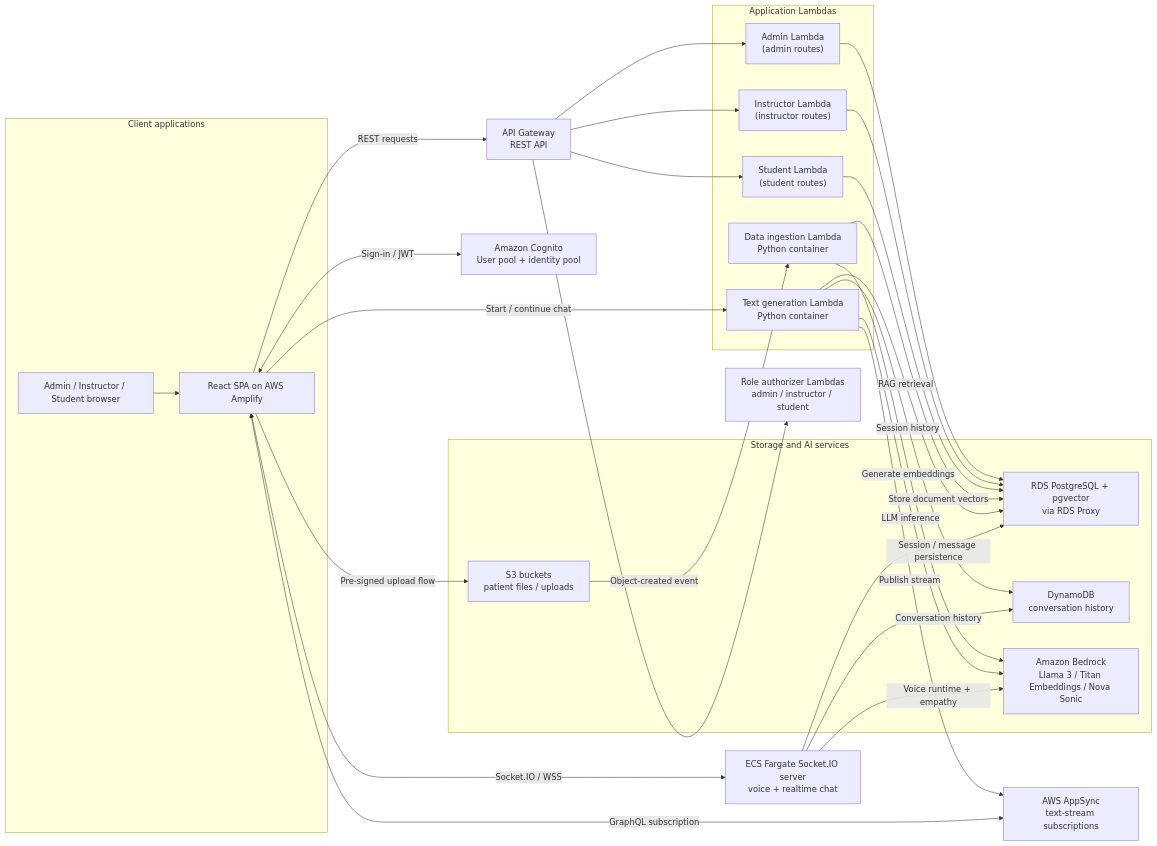
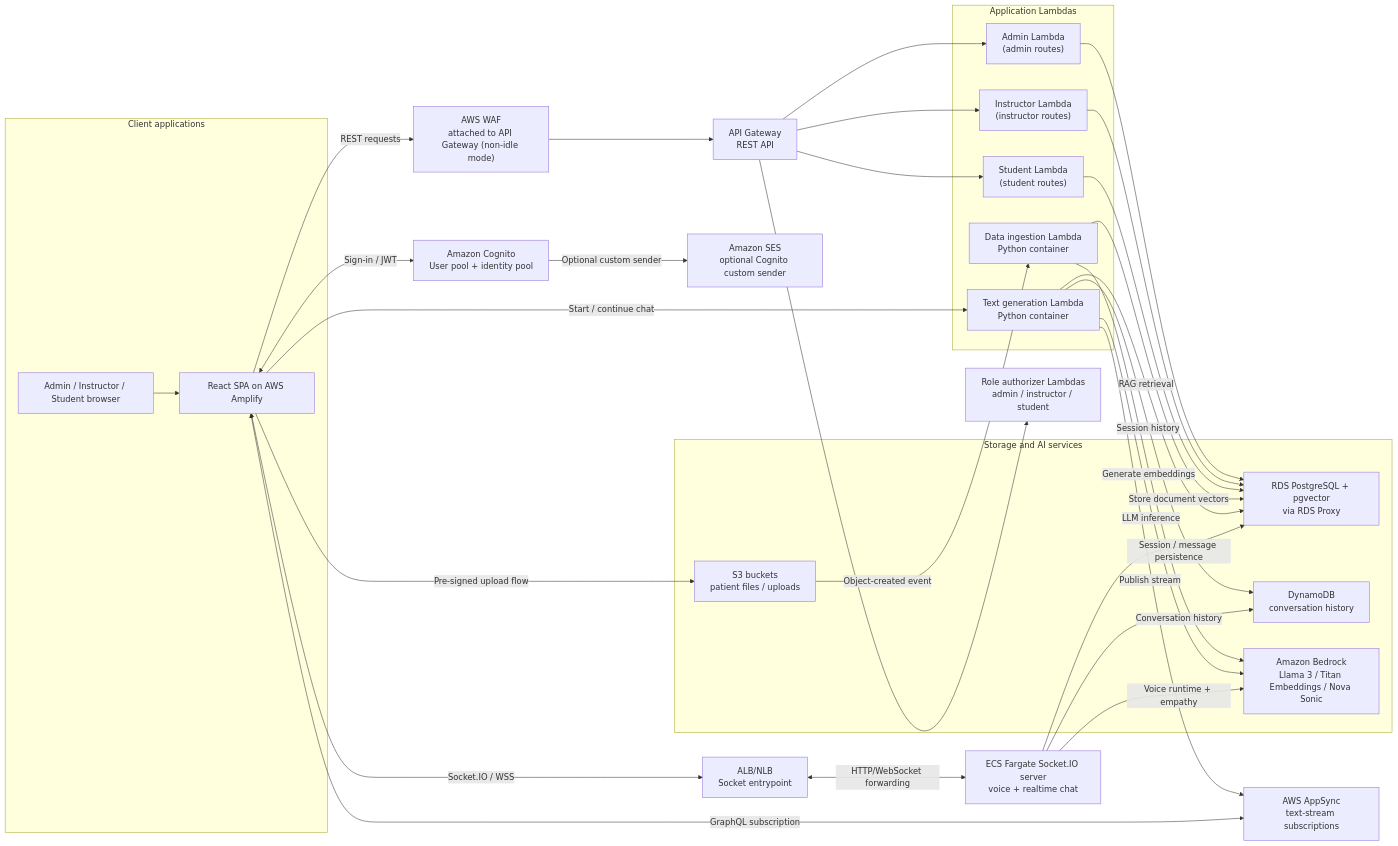
One commit to empath-com/Empathetic-Communication changed the first of 4 diagrams in docs/architectureDeepDive.md. Above: the diagram before and after it, drawn with Mermaid. The commit also changed other lines of this file, not shown here.

Commit message:
Update architecture diagram with missing links and add control plane diagram

````diff
--- a/docs/architectureDeepDive.md
+++ b/docs/architectureDeepDive.md
@@ -5,57 +5,63 @@
 ```mermaid
 flowchart LR
     subgraph Client["Client applications"]
         Admin["Admin / Instructor / Student browser"]
         SPA["React SPA on AWS Amplify"]
         Admin --> SPA
     end
 
     Cognito["Amazon Cognito\nUser pool + identity pool"]
+    Ses["Amazon SES\noptional Cognito custom sender"]
+    Waf["AWS WAF\nattached to API Gateway (non-idle mode)"]
     Api["API Gateway\nREST API"]
     Authz["Role authorizer Lambdas\nadmin / instructor / student"]
     AppSync["AWS AppSync\ntext-stream subscriptions"]
+    SocketLb["ALB/NLB\nSocket entrypoint"]
     Socket["ECS Fargate Socket.IO server\nvoice + realtime chat"]
 
     subgraph Lambdas["Application Lambdas"]
         AdminFn["Admin Lambda\n(admin routes)"]
         InstructorFn["Instructor Lambda\n(instructor routes)"]
         StudentFn["Student Lambda\n(student routes)"]
         TextGen["Text generation Lambda\nPython container"]
         Ingest["Data ingestion Lambda\nPython container"]
     end
 
     subgraph Data["Storage and AI services"]
         S3["S3 buckets\npatient files / uploads"]
         RDS["RDS PostgreSQL + pgvector\nvia RDS Proxy"]
         Dynamo["DynamoDB\nconversation history"]
         Bedrock["Amazon Bedrock\nLlama 3 / Titan Embeddings / Nova Sonic"]
     end
 
     SPA <-->|Sign-in / JWT| Cognito
-    SPA -->|REST requests| Api
+    SPA -->|REST requests| Waf
+    Waf --> Api
     Api --> Authz
     Api --> AdminFn
     Api --> InstructorFn
     Api --> StudentFn
+    Cognito -->|Optional custom sender| Ses
 
     AdminFn --> RDS
     InstructorFn --> RDS
     StudentFn --> RDS
 
     SPA -->|Pre-signed upload flow| S3
     S3 -->|Object-created event| Ingest
     Ingest -->|Generate embeddings| Bedrock
     Ingest -->|Store document vectors| RDS
 
     SPA -->|Start / continue chat| TextGen
     TextGen -->|RAG retrieval| RDS
     TextGen -->|LLM inference| Bedrock
     TextGen -->|Session history| Dynamo
     TextGen -->|Publish stream| AppSync
     SPA <-->|GraphQL subscription| AppSync
 
-    SPA <-->|Socket.IO / WSS| Socket
+    SPA <-->|Socket.IO / WSS| SocketLb
+    SocketLb <-->|HTTP/WebSocket forwarding| Socket
     Socket -->|Voice runtime + empathy| Bedrock
     Socket -->|Conversation history| Dynamo
     Socket -->|Session / message persistence| RDS
 ```
````
